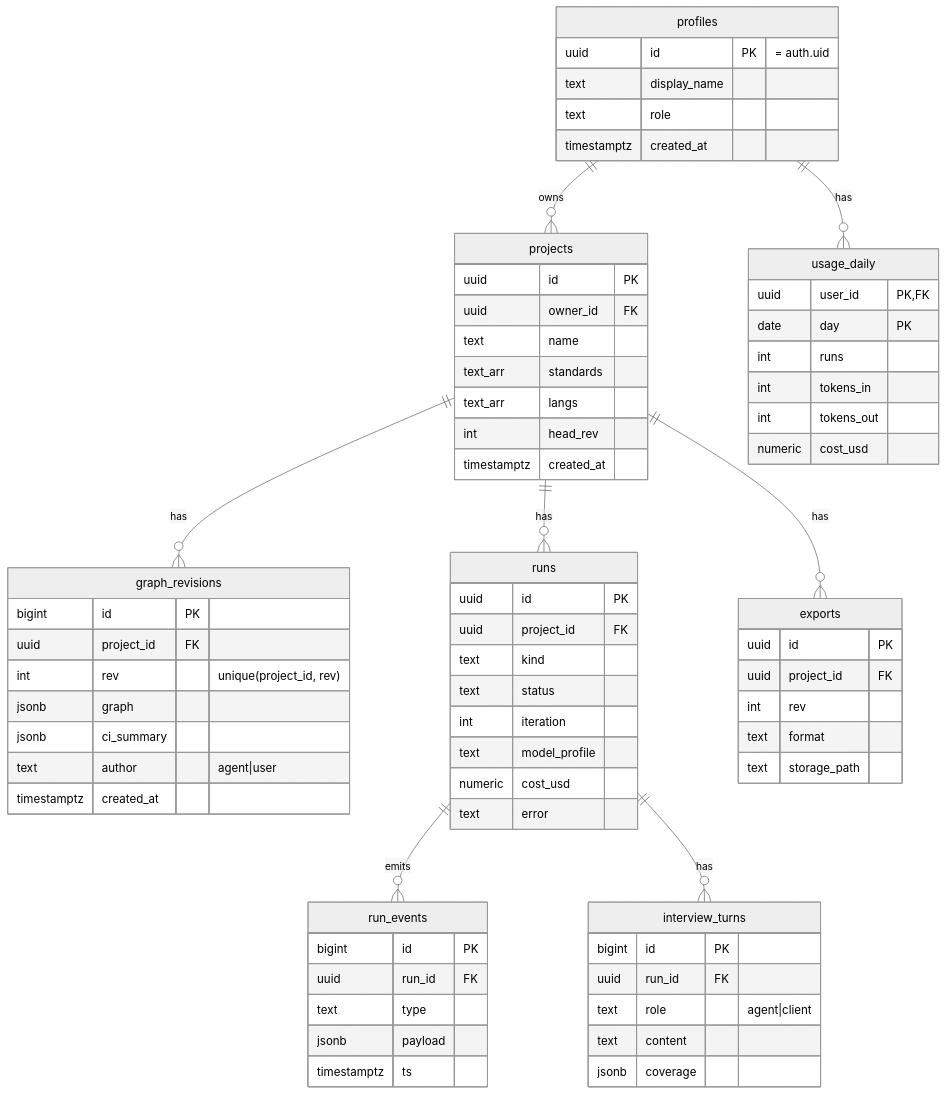
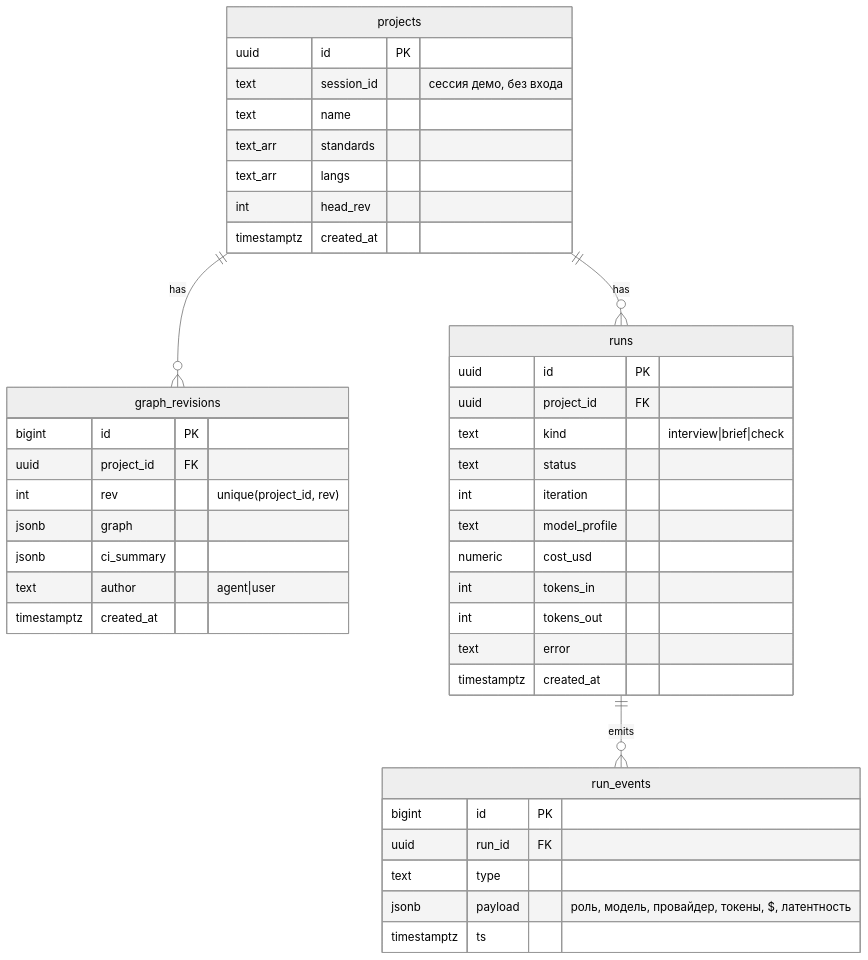
Before and after one commit to Axx-Axvd/reqgraph: the second of 2 diagrams in docs/tech-design/04_data.md, drawn with Mermaid (neutral theme). The commit also changed other lines of this file and 23 other files, not shown here.

````diff
--- a/docs/tech-design/04_data.md
+++ b/docs/tech-design/04_data.md
@@ -121,73 +123,44 @@
 ```mermaid
 erDiagram
-  profiles ||--o{ projects : owns
-  profiles ||--o{ usage_daily : has
   projects ||--o{ graph_revisions : has
   projects ||--o{ runs : has
-  projects ||--o{ exports : has
   runs ||--o{ run_events : emits
-  runs ||--o{ interview_turns : has
-  profiles {
-    uuid id PK "= auth.uid"
-    text display_name
-    text role
-    timestamptz created_at
-  }
-  usage_daily {
-    uuid user_id PK,FK
-    date day PK
-    int runs
-    int tokens_in
-    int tokens_out
-    numeric cost_usd
-  }
   projects {
     uuid id PK
-    uuid owner_id FK
+    text session_id "сессия демо, без входа"
     text name
     text_arr standards
     text_arr langs
     int head_rev
     timestamptz created_at
   }
   graph_revisions {
     bigint id PK
     uuid project_id FK
     int rev "unique(project_id, rev)"
     jsonb graph
     jsonb ci_summary
     text author "agent|user"
     timestamptz created_at
   }
-  exports {
-    uuid id PK
-    uuid project_id FK
-    int rev
-    text format
-    text storage_path
-  }
   runs {
     uuid id PK
     uuid project_id FK
-    text kind
+    text kind "interview|brief|check"
     text status
     int iteration
     text model_profile
     numeric cost_usd
+    int tokens_in
+    int tokens_out
     text error
+    timestamptz created_at
   }
   run_events {
     bigint id PK
     uuid run_id FK
     text type
-    jsonb payload
+    jsonb payload "роль, модель, провайдер, токены, $, латентность"
     timestamptz ts
   }
-  interview_turns {
-    bigint id PK
-    uuid run_id FK
-    text role "agent|client"
-    text content
-    jsonb coverage
-  }
 ```
````
